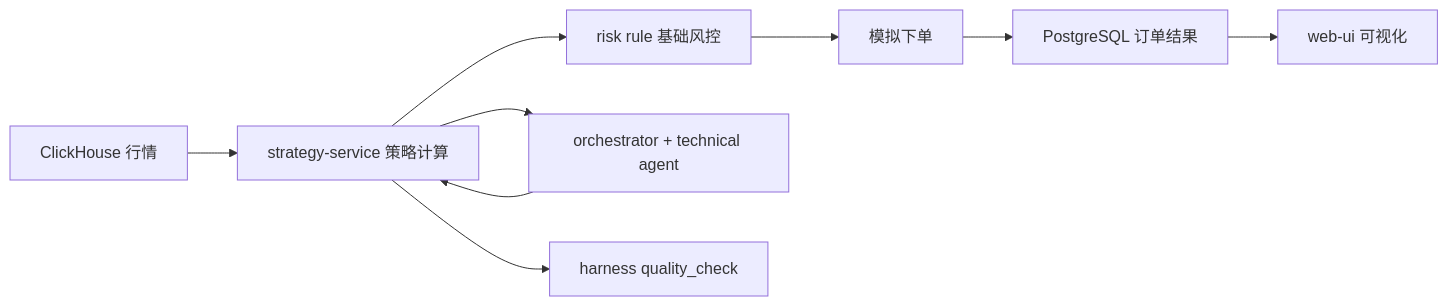
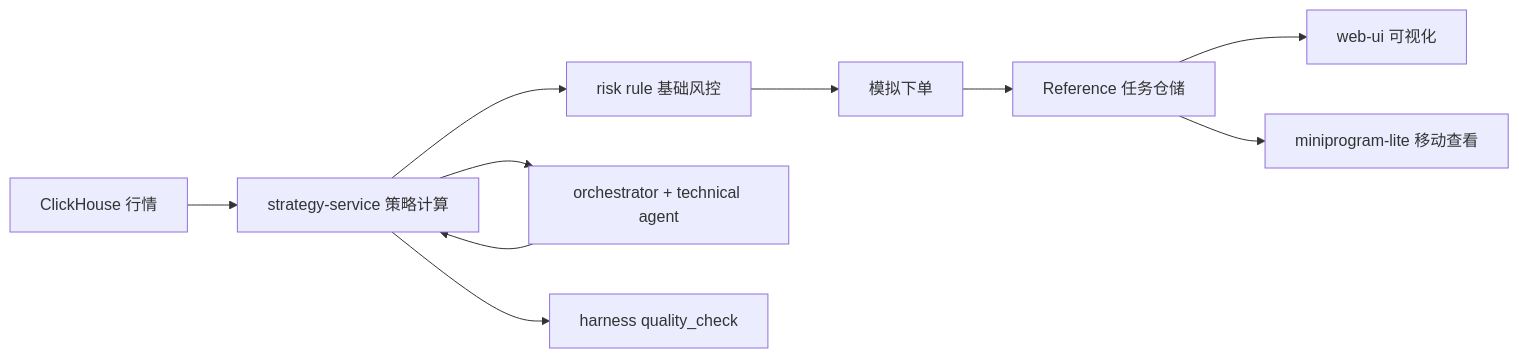
The diagram in README.md (Chinazhouwy/mini-harness), drawn with Mermaid before and after one commit. The commit also changed other lines of this file and 79 other files, not shown here.

````diff
--- a/README.md
+++ b/README.md
@@ -45,11 +50,12 @@
 ```mermaid
 graph LR
     A["ClickHouse 行情"] --> B["strategy-service 策略计算"]
     B --> C["risk rule 基础风控"]
     C --> D["模拟下单"]
-    D --> E["PostgreSQL 订单结果"]
+    D --> E["Reference 任务仓储"]
     B --> F["orchestrator + technical agent"]
     F --> B
     E --> G["web-ui 可视化"]
+    E --> I["miniprogram-lite 移动查看"]
     B --> H["harness quality_check"]
 ```
````
